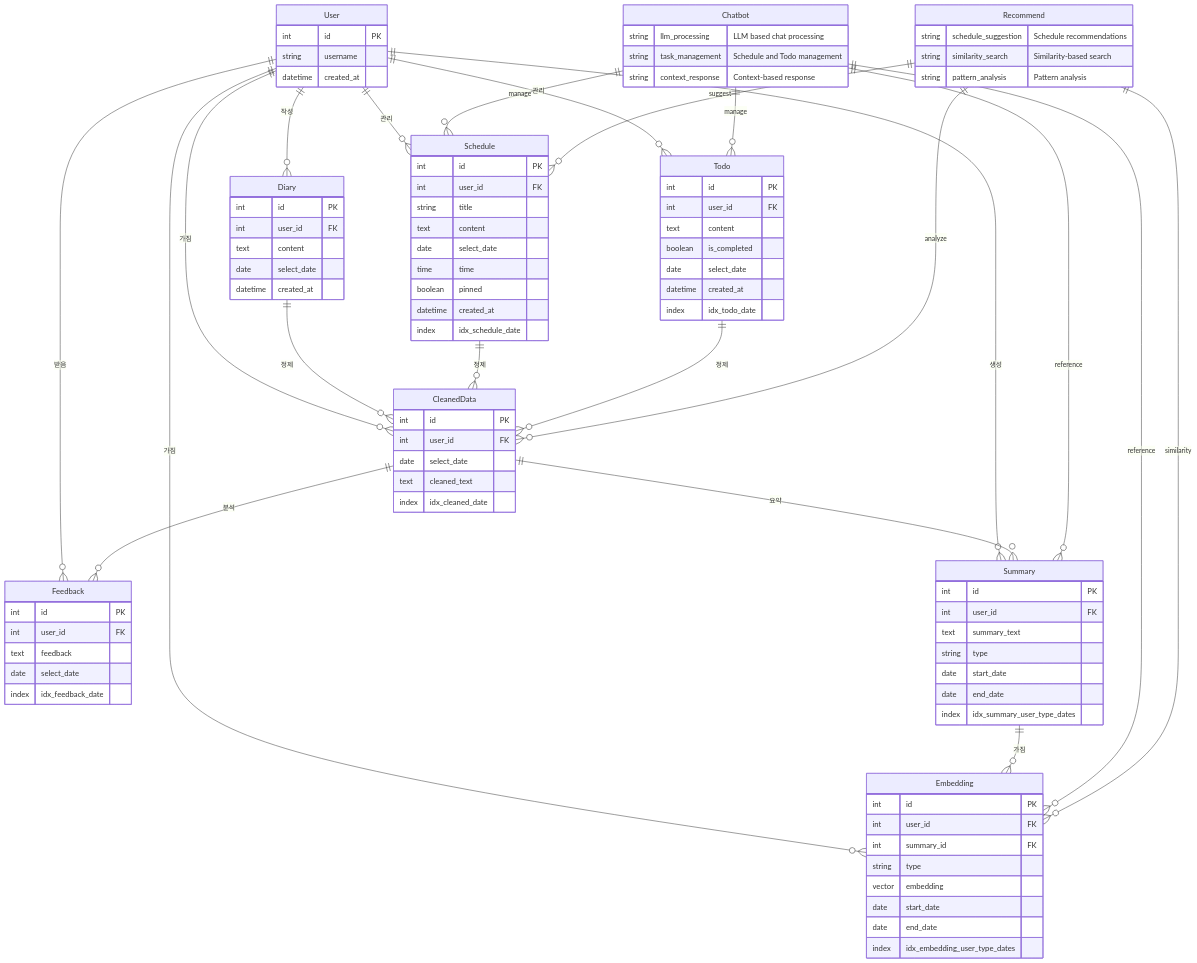
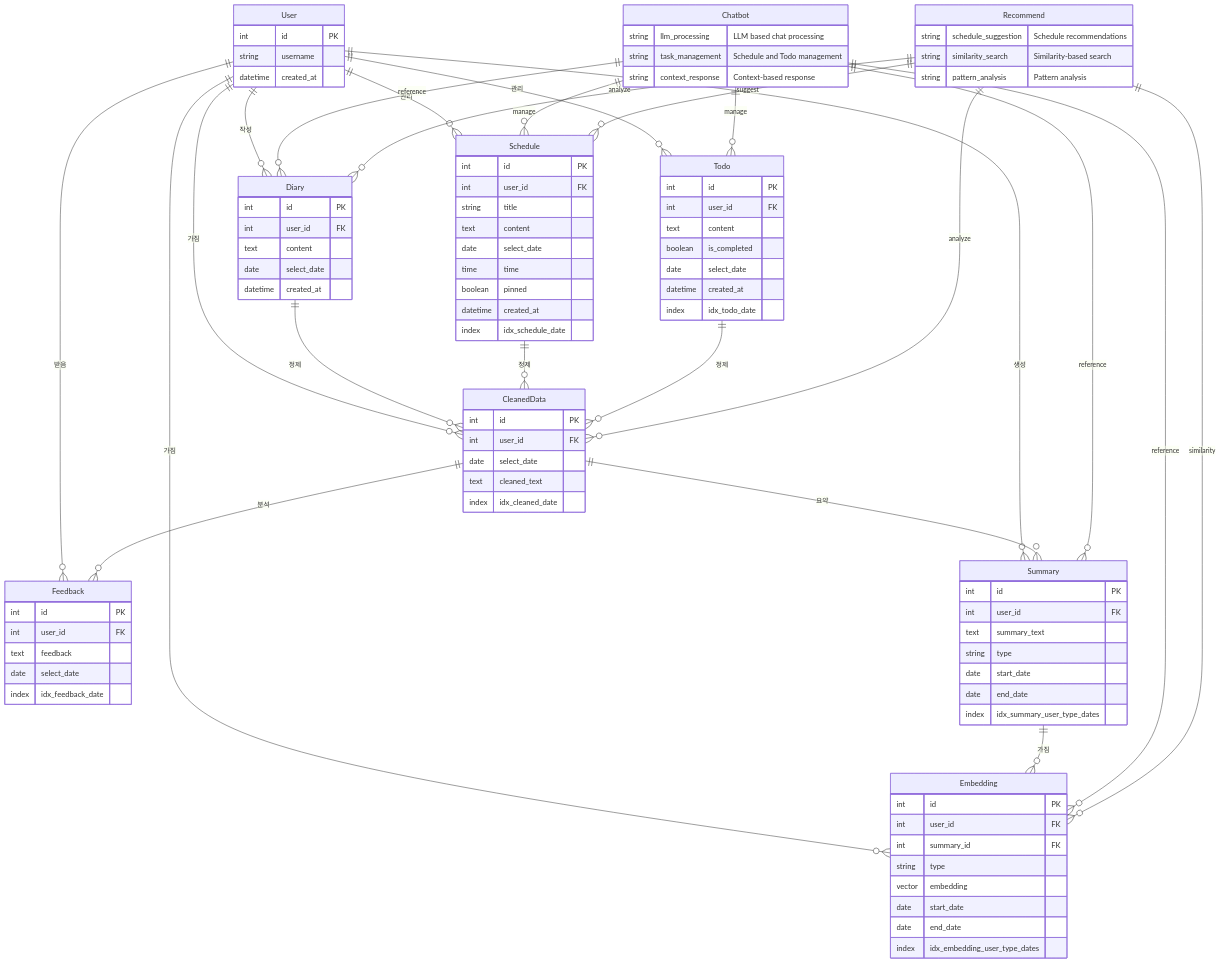
One commit to K-MarkLee/Youtube_Search_bot changed the diagram in README.md. Above: the diagram before and after it, drawn with Mermaid. The commit also changed other lines of this file, not shown here.

```diff
--- a/README.md
+++ b/README.md
@@ -22,9 +22,11 @@
     %% AI 서비스 관계
     Chatbot ||--o{ Schedule : "manage"
     Chatbot ||--o{ Todo : "manage"
+    Chatbot ||--o{ Diary : "reference"
     Chatbot ||--o{ Embedding : "reference"
     Chatbot ||--o{ Summary : "reference"
     Recommend ||--o{ Schedule : "suggest"
+    Recommend ||--o{ Diary : "analyze"
     Recommend ||--o{ CleanedData : "analyze"
     Recommend ||--o{ Embedding : "similarity"
 
```
